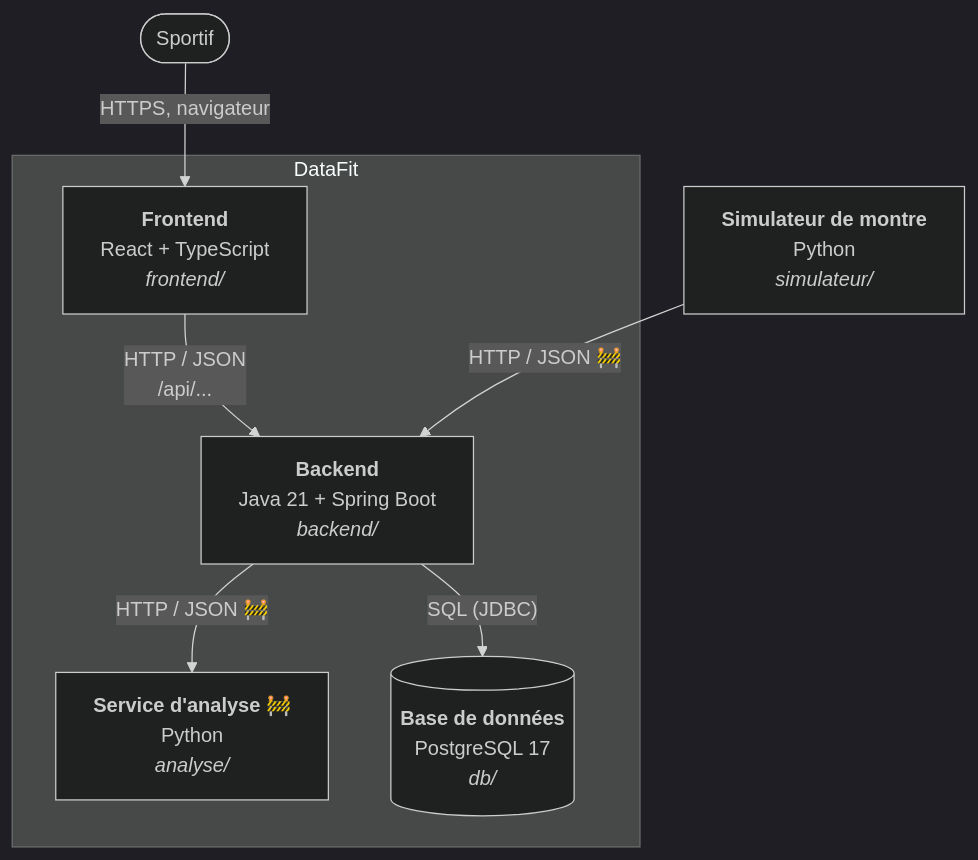
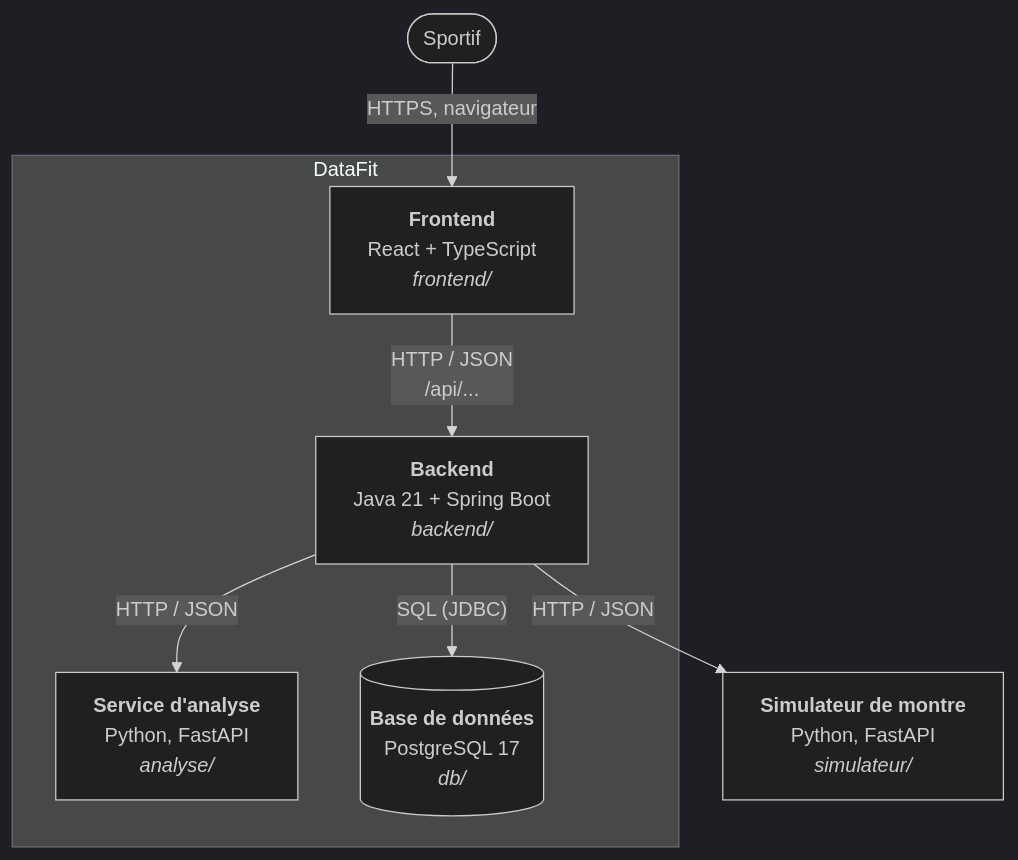
The second of 3 diagrams in docs/architecture.md (RIZIWYX/DataFit), drawn with Mermaid (dark theme) before and after one commit. The commit also changed other lines of this file and 13 other files, not shown here.

Commit message:
Doc technique à jour (API, architecture, base, sécurité, déploiement), README, licence MIT, CI, retrait de .vscode

````diff
--- a/docs/architecture.md
+++ b/docs/architecture.md
@@ -40,19 +40,19 @@
 ```mermaid
 flowchart TB
     sportif([Sportif])
 
     subgraph datafit [DataFit]
         front["<b>Frontend</b><br/>React + TypeScript<br/><i>frontend/</i>"]
         back["<b>Backend</b><br/>Java 21 + Spring Boot<br/><i>backend/</i>"]
-        analyse["<b>Service d'analyse</b> 🚧<br/>Python<br/><i>analyse/</i>"]
+        analyse["<b>Service d'analyse</b><br/>Python, FastAPI<br/><i>analyse/</i>"]
         db[("<b>Base de données</b><br/>PostgreSQL 17<br/><i>db/</i>")]
     end
 
-    simu["<b>Simulateur de montre</b><br/>Python<br/><i>simulateur/</i>"]
+        simu["<b>Simulateur de montre</b><br/>Python, FastAPI<br/><i>simulateur/</i>"]
 
     sportif -- "HTTPS, navigateur" --> front
     front -- "HTTP / JSON<br/>/api/..." --> back
-    simu -- "HTTP / JSON 🚧" --> back
+    back -- "HTTP / JSON" --> simu
     back -- "SQL (JDBC)" --> db
-    back -- "HTTP / JSON 🚧" --> analyse
+    back -- "HTTP / JSON" --> analyse
 ```
````
